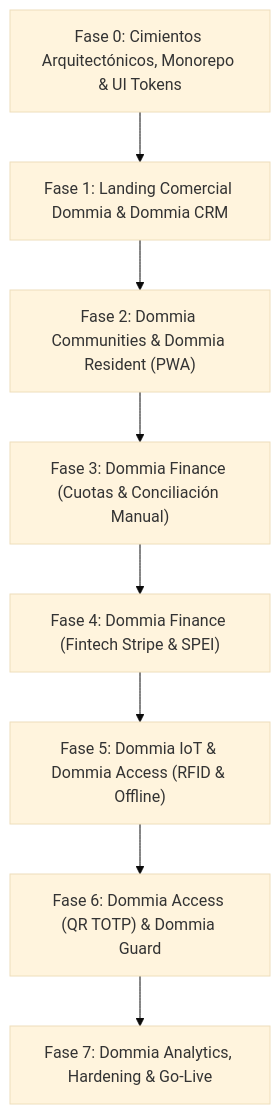
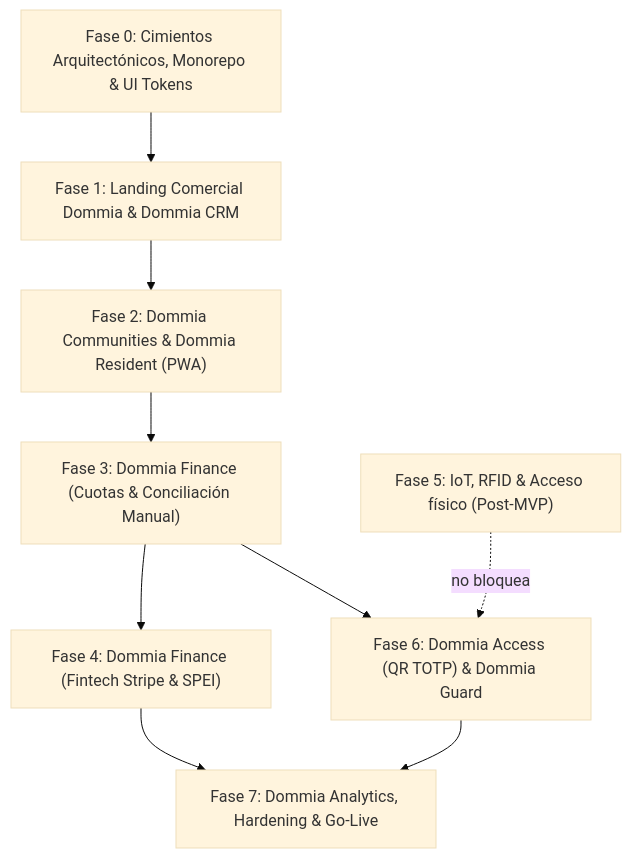
The diagram in Docs/Planes/Plan de Desarrollo Maestro por Fases.md (cgpkiro-IA/dommia-monorepo), drawn with Mermaid (base theme) before and after one commit. The commit also changed other lines of this file and 127 other files, not shown here.

````diff
--- a/Docs/Planes/Plan de Desarrollo Maestro por Fases.md
+++ b/Docs/Planes/Plan de Desarrollo Maestro por Fases.md
@@ -103,10 +113,11 @@
 ```mermaid
 flowchart TD
     F0["Fase 0: Cimientos Arquitectónicos, Monorepo & UI Tokens"] --> F1["Fase 1: Landing Comercial Dommia & Dommia CRM"]
     F1 --> F2["Fase 2: Dommia Communities & Dommia Resident (PWA)"]
     F2 --> F3["Fase 3: Dommia Finance (Cuotas & Conciliación Manual)"]
     F3 --> F4["Fase 4: Dommia Finance (Fintech Stripe & SPEI)"]
-    F4 --> F5["Fase 5: Dommia IoT & Dommia Access (RFID & Offline)"]
-    F5 --> F6["Fase 6: Dommia Access (QR TOTP) & Dommia Guard"]
+    F3 --> F6["Fase 6: Dommia Access (QR TOTP) & Dommia Guard"]
+    F4 --> F7
+    F5["Fase 5: IoT, RFID & Acceso físico (Post-MVP)"] -. "no bloquea" .-> F6
     F6 --> F7["Fase 7: Dommia Analytics, Hardening & Go-Live"]
 ```
````
